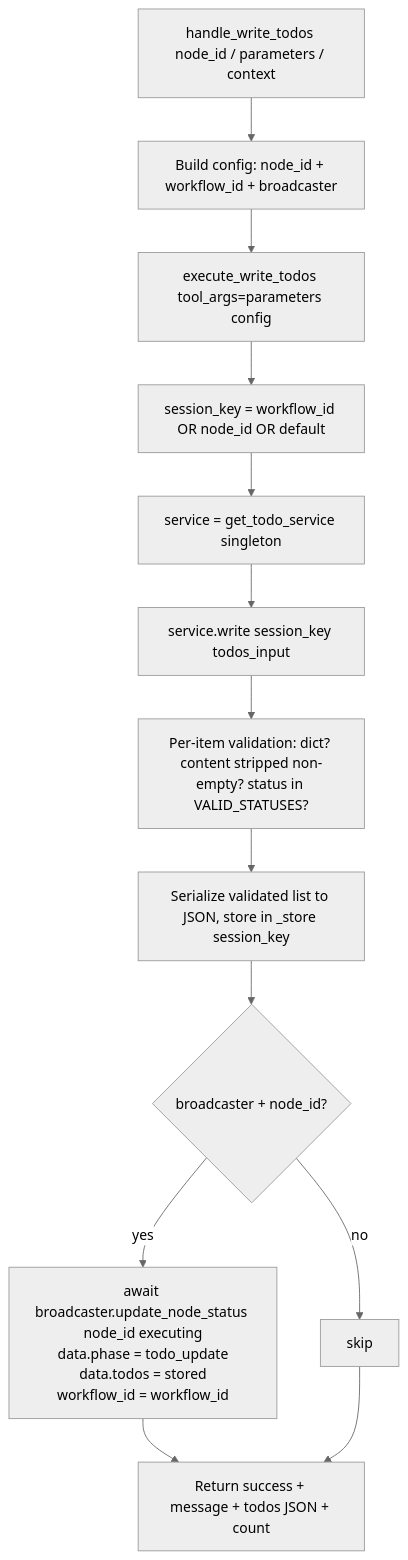
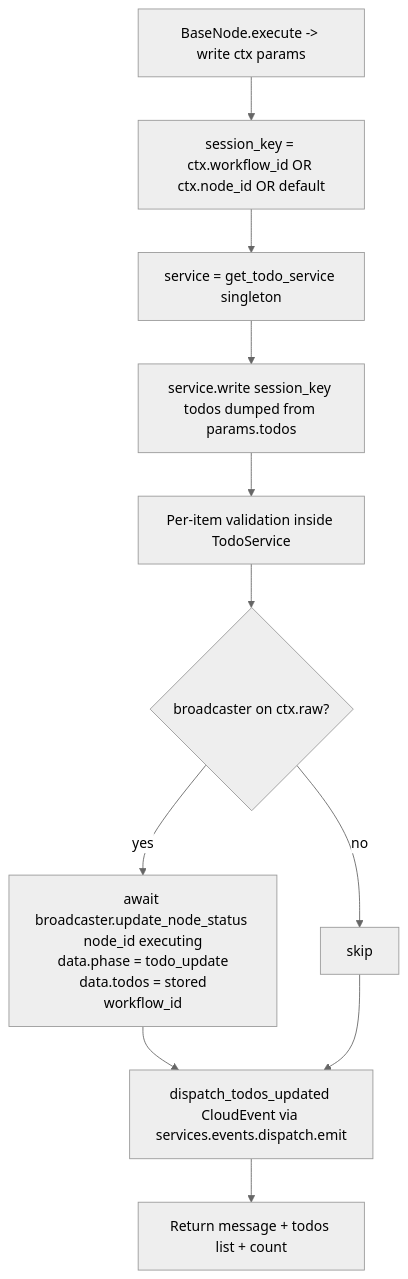
The diagram in docs-internal/node-logic-flows/ai_tools/writeTodos.md (zeenie-ai/OpenCompany), drawn with Mermaid (neutral theme) before and after one commit. The commit also changed other lines of this file and 132 other files, not shown here.

````diff
--- a/docs-internal/node-logic-flows/ai_tools/writeTodos.md
+++ b/docs-internal/node-logic-flows/ai_tools/writeTodos.md
@@ -85,15 +85,13 @@
 ```mermaid
 flowchart TD
-  A[handle_write_todos node_id / parameters / context] --> B[Build config: node_id + workflow_id + broadcaster]
-  B --> C[execute_write_todos tool_args=parameters config]
-  C --> D[session_key = workflow_id OR node_id OR default]
+  A[BaseNode.execute -> write ctx params] --> D[session_key = ctx.workflow_id OR ctx.node_id OR default]
   D --> E[service = get_todo_service singleton]
-  E --> F[service.write session_key todos_input]
-  F --> G[Per-item validation: dict? content stripped non-empty? status in VALID_STATUSES?]
-  G --> H[Serialize validated list to JSON, store in _store session_key]
-  H --> I{broadcaster + node_id?}
-  I -- yes --> J[await broadcaster.update_node_status node_id executing<br/>data.phase = todo_update<br/>data.todos = stored<br/>workflow_id = workflow_id]
+  E --> F[service.write session_key todos dumped from params.todos]
+  F --> G[Per-item validation inside TodoService]
+  G --> I{broadcaster on ctx.raw?}
+  I -- yes --> J[await broadcaster.update_node_status node_id executing<br/>data.phase = todo_update<br/>data.todos = stored<br/>workflow_id]
   I -- no --> K[skip]
-  J --> L[Return success + message + todos JSON + count]
-  K --> L
+  J --> M[dispatch_todos_updated CloudEvent via services.events.dispatch.emit]
+  K --> M
+  M --> L[Return message + todos list + count]
 ```
````
